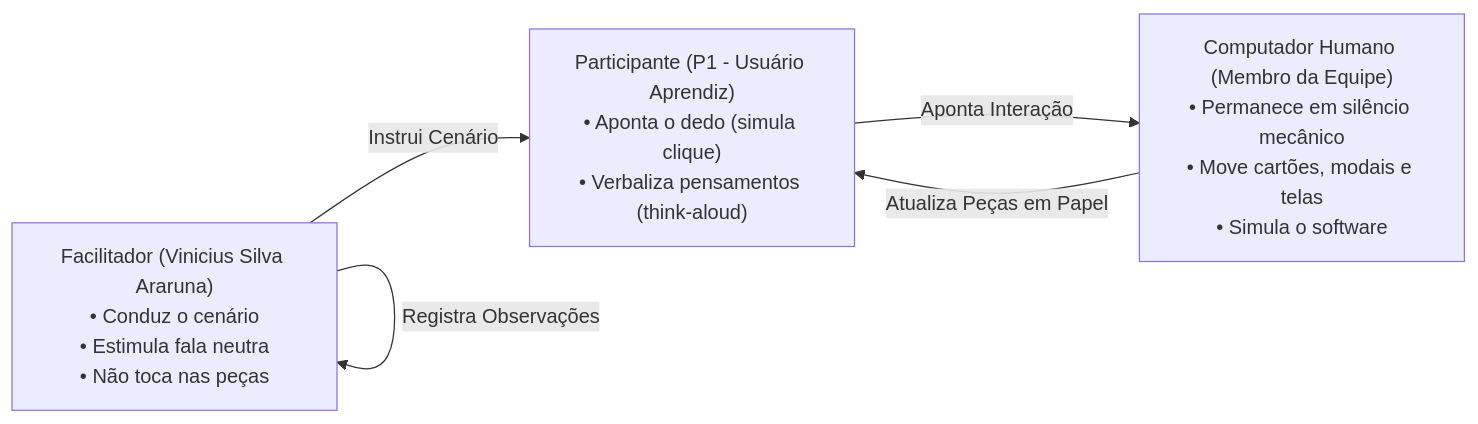
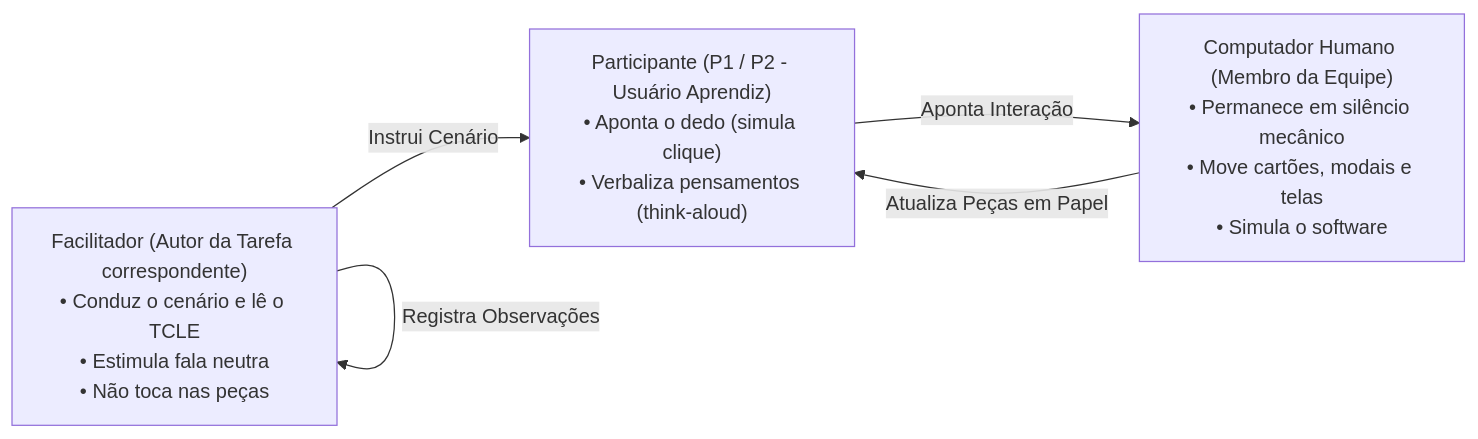
The diagram in docs/design-avaliacao-desenvolvimento/nivel-2/prototipo-papel/planejamento-avaliacao.md (Interacao-Humano-Computador/2026.2-Grupo08), drawn with Mermaid before and after one commit. The commit also changed other lines of this file and 1 other file, not shown here.

Commit message:
docs(nivel2): expande planejamento da avaliacao e do relato do prototipo de papel incorporando a tarefa 2 de gustavo antonio

````diff
--- a/docs/design-avaliacao-desenvolvimento/nivel-2/prototipo-papel/planejamento-avaliacao.md
+++ b/docs/design-avaliacao-desenvolvimento/nivel-2/prototipo-papel/planejamento-avaliacao.md
@@ -89,11 +122,11 @@
 ```mermaid
 flowchart LR
-    P["Participante (P1 - Usuário Aprendiz)<br>• Aponta o dedo (simula clique)<br>• Verbaliza pensamentos (think-aloud)"]
-    F["Facilitador (Vinicius Silva Araruna)<br>• Conduz o cenário<br>• Estimula fala neutra<br>• Não toca nas peças"]
+    P["Participante (P1 / P2 - Usuário Aprendiz)<br>• Aponta o dedo (simula clique)<br>• Verbaliza pensamentos (think-aloud)"]
+    F["Facilitador (Autor da Tarefa correspondente)<br>• Conduz o cenário e lê o TCLE<br>• Estimula fala neutra<br>• Não toca nas peças"]
     C["Computador Humano (Membro da Equipe)<br>• Permanece em silêncio mecânico<br>• Move cartões, modais e telas<br>• Simula o software"]
 
     F -->|Instrui Cenário| P
     P -->|Aponta Interação| C
     C -->|Atualiza Peças em Papel| P
     F -->|Registra Observações| F
 ```
````
